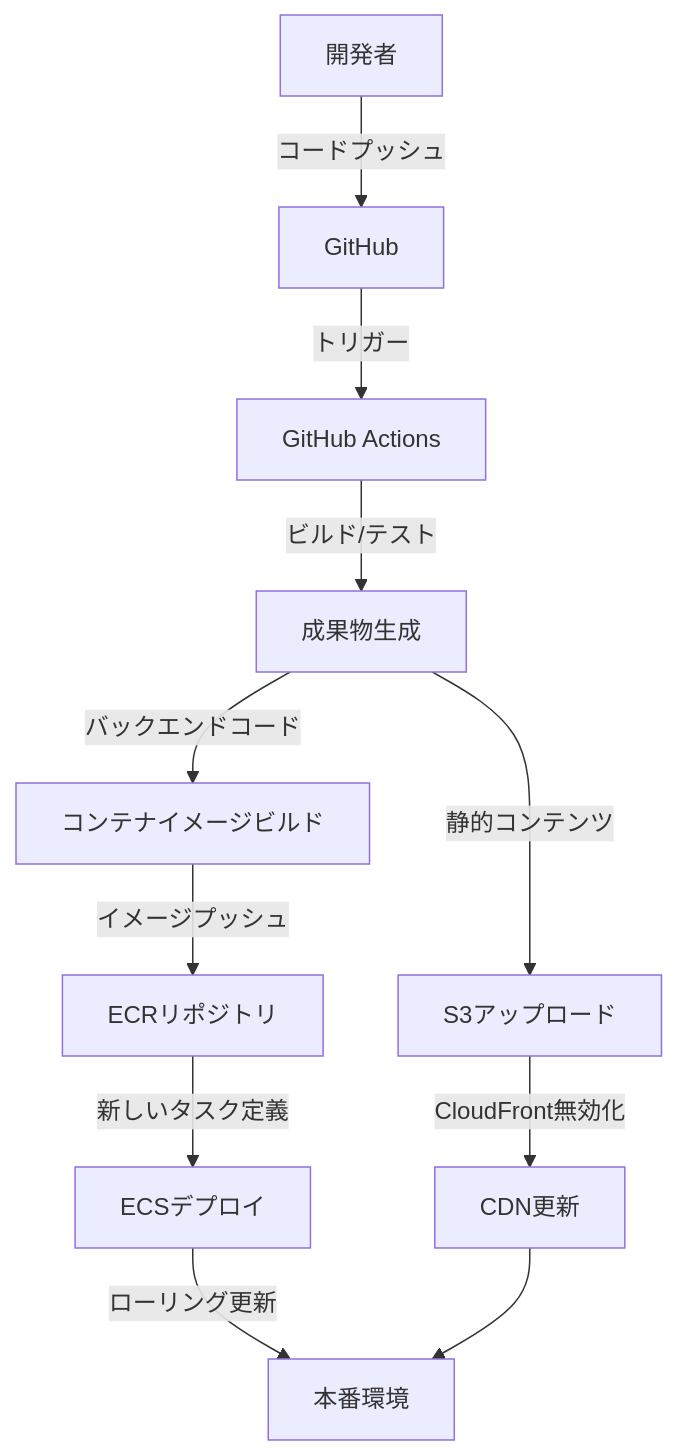
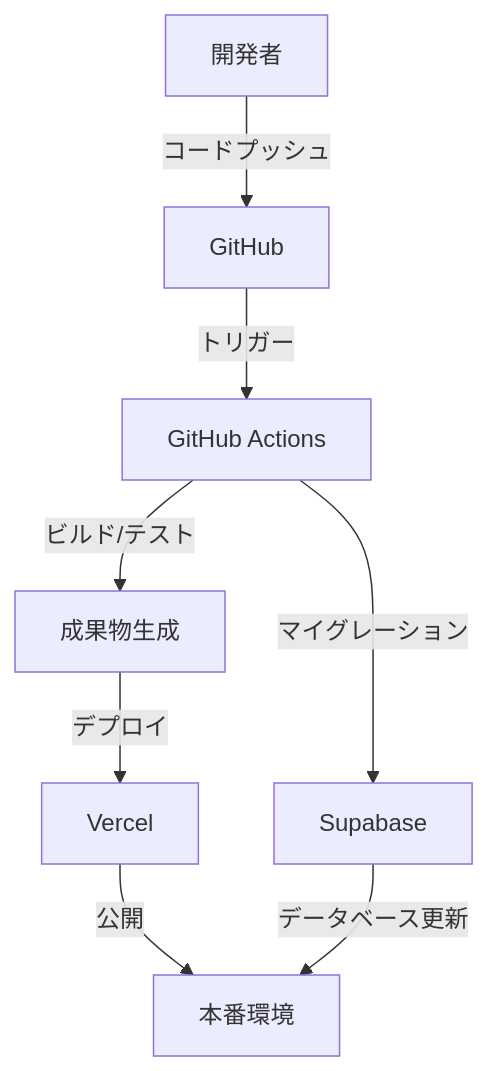
One commit to NowatariSoma/tomosigoto_nou_system changed the second of 2 diagrams in 設計書/11i_実装指針_デプロイとインフラ.md. Above: the diagram before and after it, drawn with Mermaid. The commit also changed other lines of this file and 12 other files, not shown here.

````diff
--- a/設計書/11i_実装指針_デプロイとインフラ.md
+++ b/設計書/11i_実装指針_デプロイとインフラ.md
@@ -178,13 +130,10 @@
 ```mermaid
 graph TD
     A[開発者] -->|コードプッシュ| B[GitHub]
     B -->|トリガー| C[GitHub Actions]
     C -->|ビルド/テスト| D[成果物生成]
-    D -->|静的コンテンツ| E[S3アップロード]
-    D -->|バックエンドコード| F[コンテナイメージビルド]
-    F -->|イメージプッシュ| G[ECRリポジトリ]
-    E -->|CloudFront無効化| H[CDN更新]
-    G -->|新しいタスク定義| I[ECSデプロイ]
-    I -->|ローリング更新| J[本番環境]
-    H --> J
+    D -->|デプロイ| E[Vercel]
+    C -->|マイグレーション| F[Supabase]
+    E -->|公開| G[本番環境]
+    F -->|データベース更新| G
 ```
````
